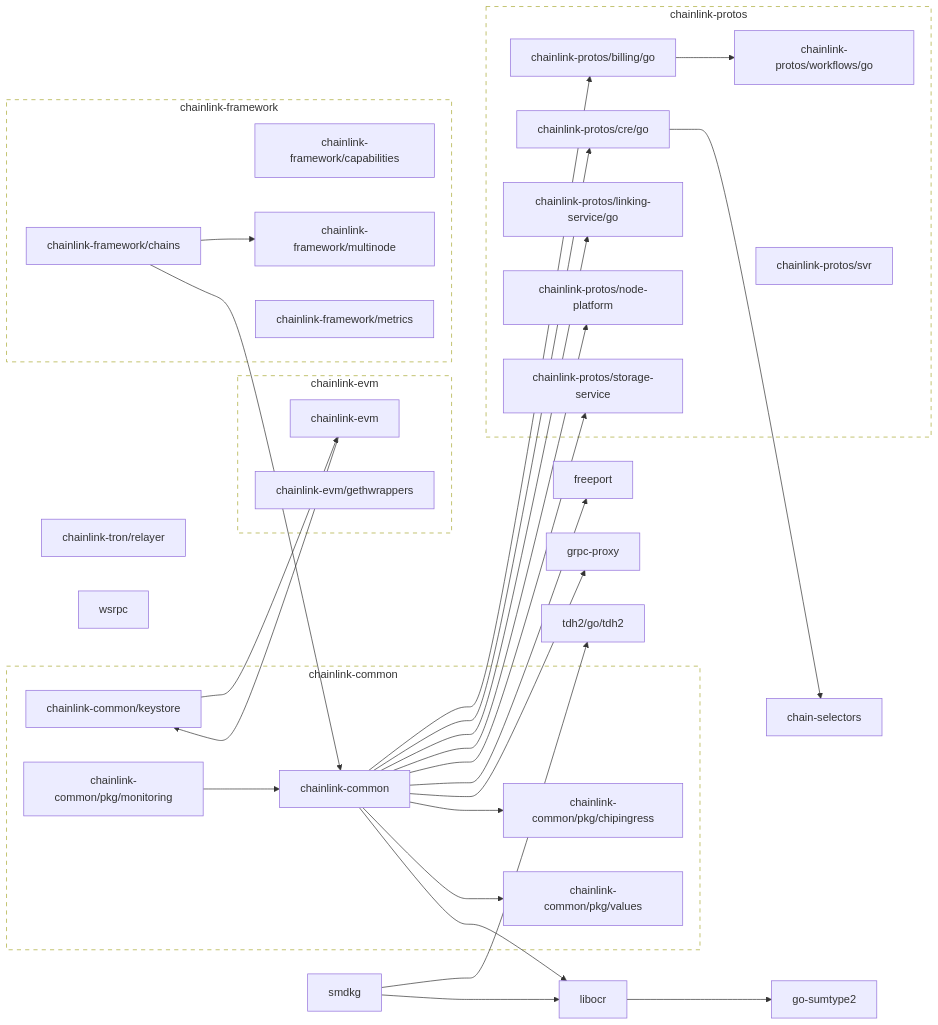
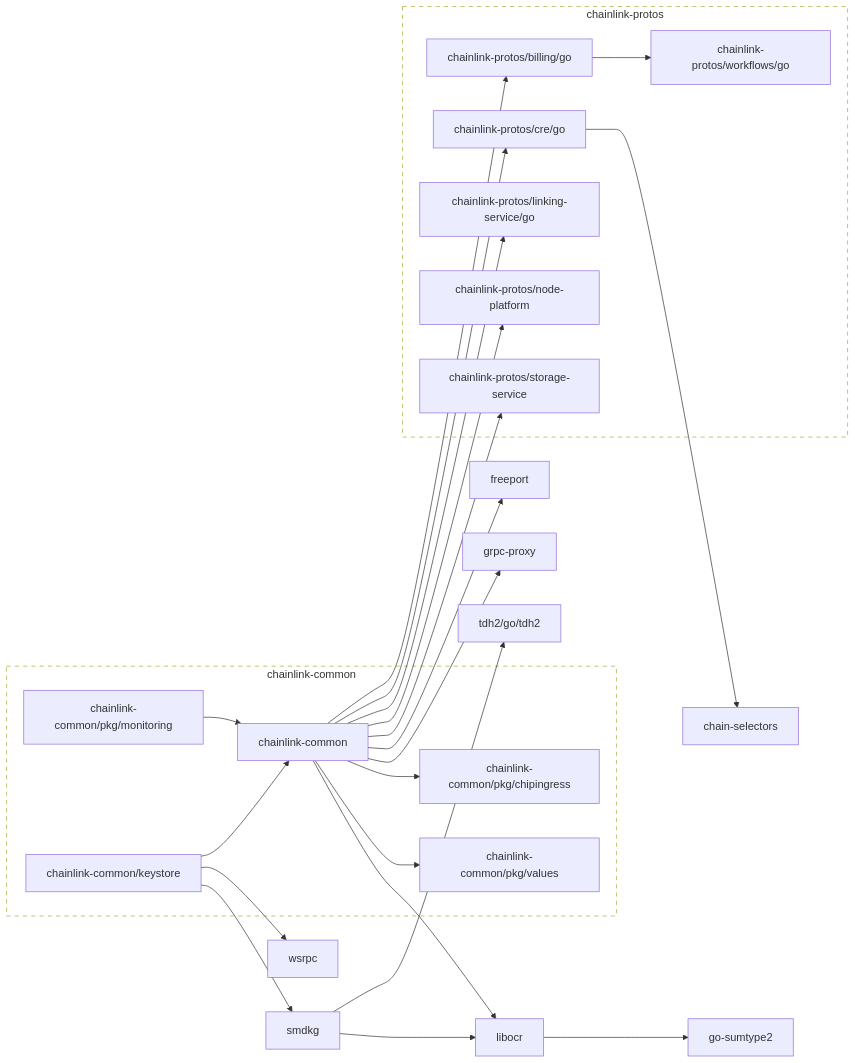
Before and after one commit to smartcontractkit/chainlink-common: the diagram in go.md, drawn with Mermaid. The commit also changed 6 other files, not shown here.

````diff
--- a/go.md
+++ b/go.md
@@ -15,7 +15,9 @@
 	chainlink-common --> grpc-proxy
 	chainlink-common --> libocr
 	click chainlink-common href "https://github.com/smartcontractkit/chainlink-common"
-	chainlink-common/keystore --> chainlink-evm
+	chainlink-common/keystore --> chainlink-common
+	chainlink-common/keystore --> smdkg
+	chainlink-common/keystore --> wsrpc
 	click chainlink-common/keystore href "https://github.com/smartcontractkit/chainlink-common"
 	chainlink-common/pkg/chipingress
 	click chainlink-common/pkg/chipingress href "https://github.com/smartcontractkit/chainlink-common"
@@ -23,19 +25,6 @@
 	click chainlink-common/pkg/monitoring href "https://github.com/smartcontractkit/chainlink-common"
 	chainlink-common/pkg/values
 	click chainlink-common/pkg/values href "https://github.com/smartcontractkit/chainlink-common"
-	chainlink-evm --> chainlink-common/keystore
-	click chainlink-evm href "https://github.com/smartcontractkit/chainlink-evm"
-	chainlink-evm/gethwrappers
-	click chainlink-evm/gethwrappers href "https://github.com/smartcontractkit/chainlink-evm"
-	chainlink-framework/capabilities
-	click chainlink-framework/capabilities href "https://github.com/smartcontractkit/chainlink-framework"
-	chainlink-framework/chains --> chainlink-common
-	chainlink-framework/chains --> chainlink-framework/multinode
-	click chainlink-framework/chains href "https://github.com/smartcontractkit/chainlink-framework"
-	chainlink-framework/metrics
-	click chainlink-framework/metrics href "https://github.com/smartcontractkit/chainlink-framework"
-	chainlink-framework/multinode
-	click chainlink-framework/multinode href "https://github.com/smartcontractkit/chainlink-framework"
 	chainlink-protos/billing/go --> chainlink-protos/workflows/go
 	click chainlink-protos/billing/go href "https://github.com/smartcontractkit/chainlink-protos"
 	chainlink-protos/cre/go --> chain-selectors
@@ -46,12 +35,8 @@
 	click chainlink-protos/node-platform href "https://github.com/smartcontractkit/chainlink-protos"
 	chainlink-protos/storage-service
 	click chainlink-protos/storage-service href "https://github.com/smartcontractkit/chainlink-protos"
-	chainlink-protos/svr
-	click chainlink-protos/svr href "https://github.com/smartcontractkit/chainlink-protos"
 	chainlink-protos/workflows/go
 	click chainlink-protos/workflows/go href "https://github.com/smartcontractkit/chainlink-protos"
-	chainlink-tron/relayer
-	click chainlink-tron/relayer href "https://github.com/smartcontractkit/chainlink-tron"
 	freeport
 	click freeport href "https://github.com/smartcontractkit/freeport"
 	go-sumtype2
@@ -77,31 +62,16 @@
 	end
 	click chainlink-common-repo href "https://github.com/smartcontractkit/chainlink-common"
 
-	subgraph chainlink-evm-repo[chainlink-evm]
-		 chainlink-evm
-		 chainlink-evm/gethwrappers
-	end
-	click chainlink-evm-repo href "https://github.com/smartcontractkit/chainlink-evm"
-
-	subgraph chainlink-framework-repo[chainlink-framework]
-		 chainlink-framework/capabilities
-		 chainlink-framework/chains
-		 chainlink-framework/metrics
-		 chainlink-framework/multinode
-	end
-	click chainlink-framework-repo href "https://github.com/smartcontractkit/chainlink-framework"
-
 	subgraph chainlink-protos-repo[chainlink-protos]
 		 chainlink-protos/billing/go
 		 chainlink-protos/cre/go
 		 chainlink-protos/linking-service/go
 		 chainlink-protos/node-platform
 		 chainlink-protos/storage-service
-		 chainlink-protos/svr
 		 chainlink-protos/workflows/go
 	end
 	click chainlink-protos-repo href "https://github.com/smartcontractkit/chainlink-protos"
 
 	classDef outline stroke-dasharray:6,fill:none;
-	class chainlink-common-repo,chainlink-evm-repo,chainlink-framework-repo,chainlink-protos-repo outline
+	class chainlink-common-repo,chainlink-protos-repo outline
 ```
````
